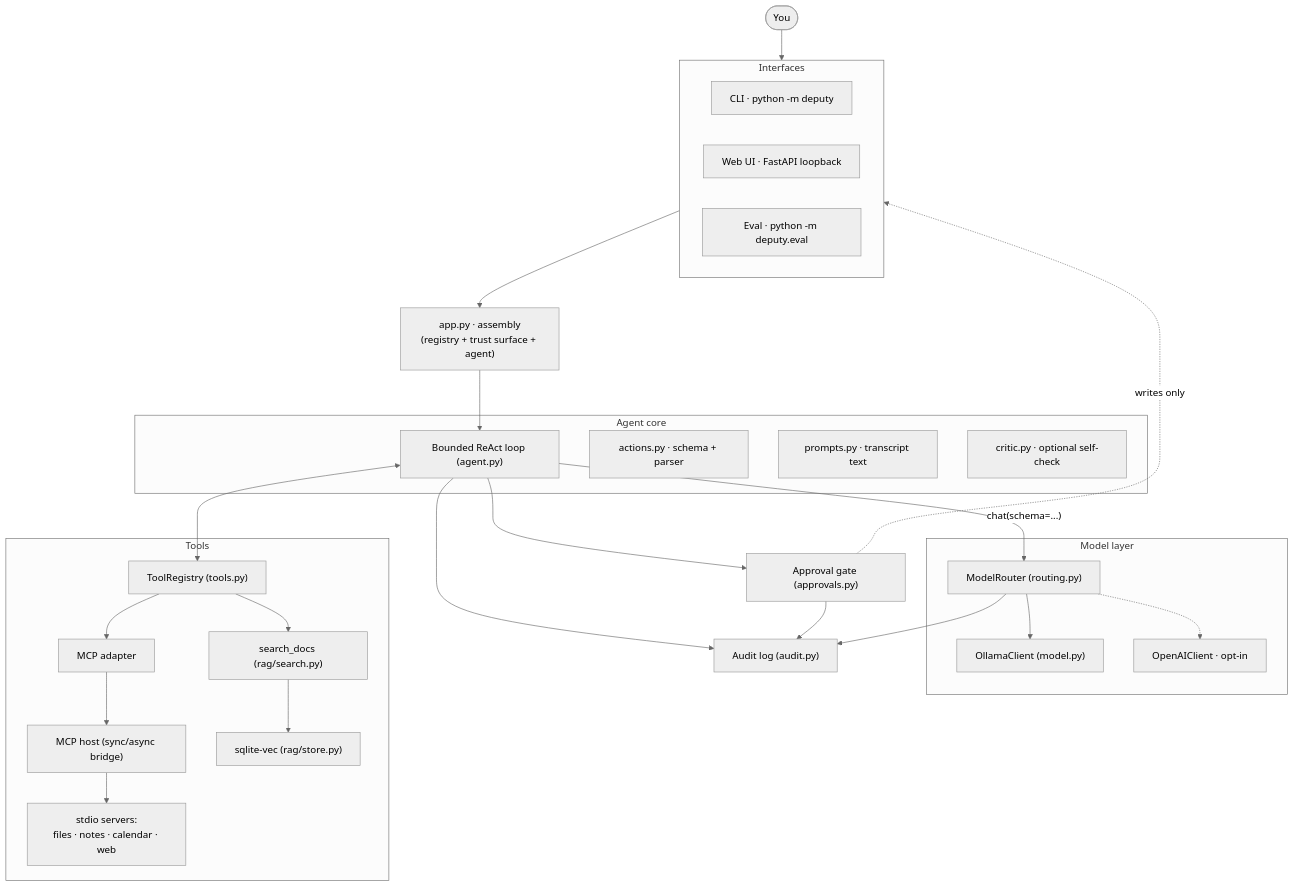
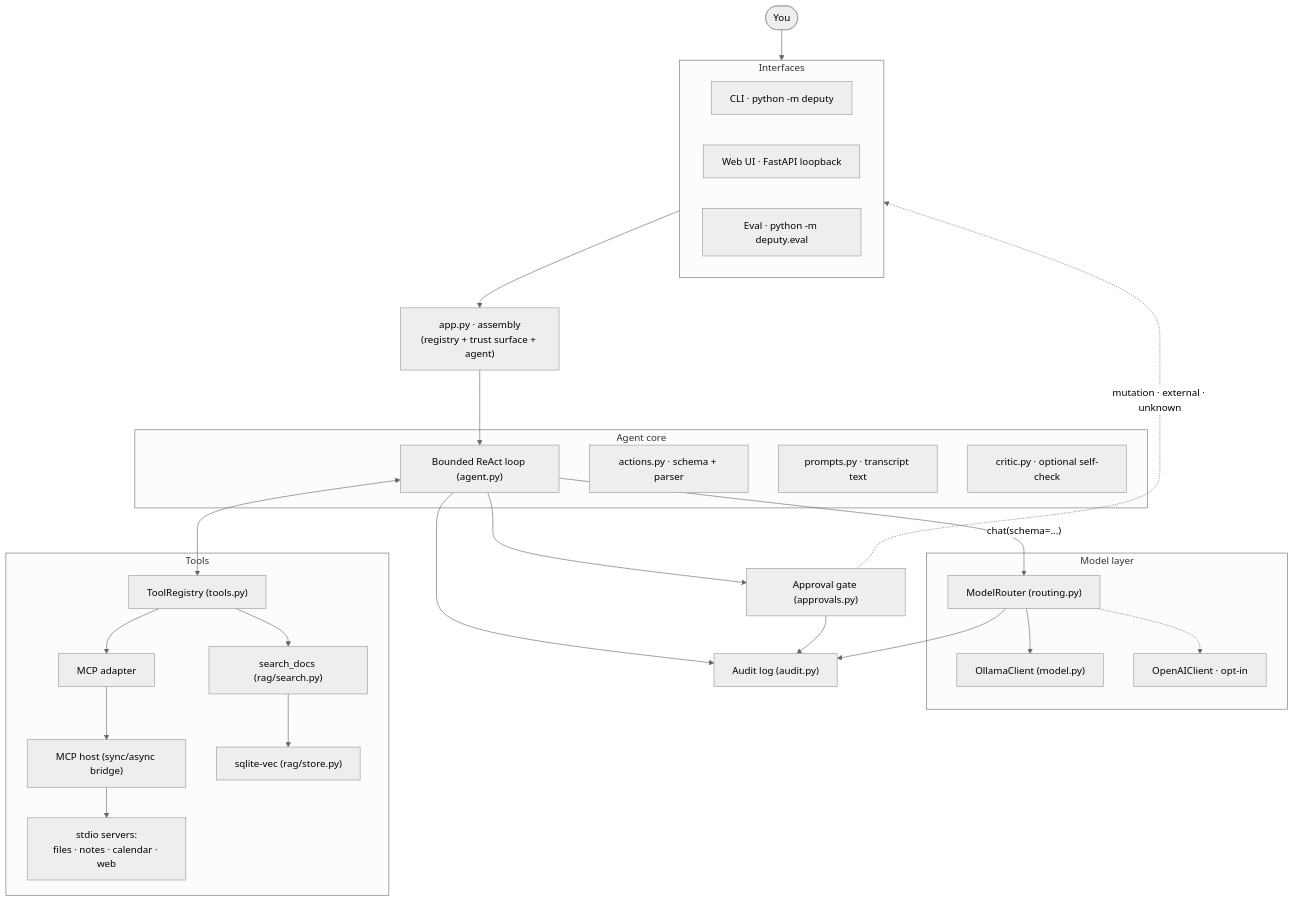
The first of 4 diagrams in docs/architecture.md (BhavyaV29/deputy-agent), drawn with Mermaid (neutral theme) before and after one commit. The commit also changed other lines of this file and 28 other files, not shown here.

````diff
--- a/docs/architecture.md
+++ b/docs/architecture.md
@@ -24,43 +24,43 @@
 ```mermaid
 flowchart TD
     User([You]) --> IF
     subgraph IF[Interfaces]
         CLI["CLI · python -m deputy"]
         WEB["Web UI · FastAPI loopback"]
         EVAL["Eval · python -m deputy.eval"]
     end
 
     IF --> APP["app.py · assembly<br/>(registry + trust surface + agent)"]
     APP --> LOOP
 
     subgraph CORE[Agent core]
         LOOP["Bounded ReAct loop (agent.py)"]
         ACT["actions.py · schema + parser"]
         PR["prompts.py · transcript text"]
         CR["critic.py · optional self-check"]
     end
 
     LOOP -->|"chat(schema=...)"| ROUTER
     subgraph MODEL[Model layer]
         ROUTER["ModelRouter (routing.py)"]
         LOCAL["OllamaClient (model.py)"]
         CLOUD["OpenAIClient · opt-in"]
         ROUTER --> LOCAL
         ROUTER -.-> CLOUD
     end
 
     LOOP <--> REG["ToolRegistry (tools.py)"]
     subgraph TOOLS[Tools]
         REG --> ADAPT["MCP adapter"]
         ADAPT --> HOST["MCP host (sync/async bridge)"]
         HOST --> SRV["stdio servers:<br/>files · notes · calendar · web"]
         REG --> RAGT["search_docs (rag/search.py)"]
         RAGT --> STORE["sqlite-vec (rag/store.py)"]
     end
 
     LOOP --> GATE["Approval gate (approvals.py)"]
     LOOP --> AUD["Audit log (audit.py)"]
     ROUTER --> AUD
     GATE --> AUD
-    GATE -.->|"writes only"| IF
+    GATE -.->|"mutation · external · unknown"| IF
 ```
````
